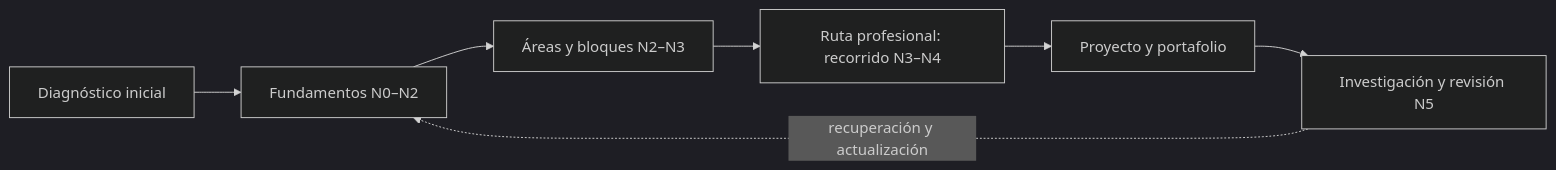
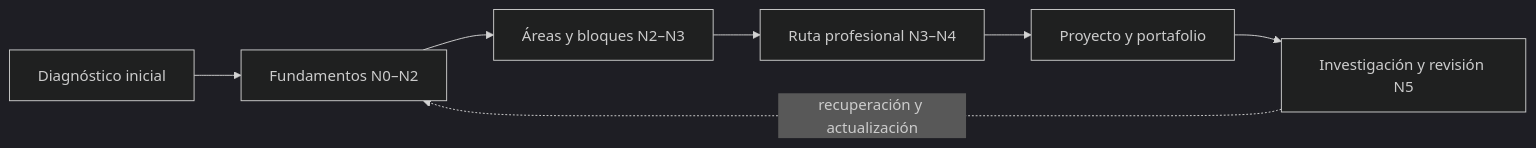
The diagram in README.md (vladimiracunadev-create/astronomy-astrophysics-space-sciences-aerospace-engineering-learning-program), drawn with Mermaid (dark theme) before and after one commit. The commit also changed other lines of this file and 15 other files, not shown here.

````diff
--- a/README.md
+++ b/README.md
@@ -152,9 +63,9 @@
 ```mermaid
 flowchart LR
     A["Diagnóstico inicial"] --> B["Fundamentos N0–N2"]
     B --> C["Áreas y bloques N2–N3"]
-    C --> D["Ruta profesional: recorrido N3–N4"]
+    C --> D["Ruta profesional N3–N4"]
     D --> E["Proyecto y portafolio"]
     E --> F["Investigación y revisión N5"]
     F -. "recuperación y actualización" .-> B
 ```
````
